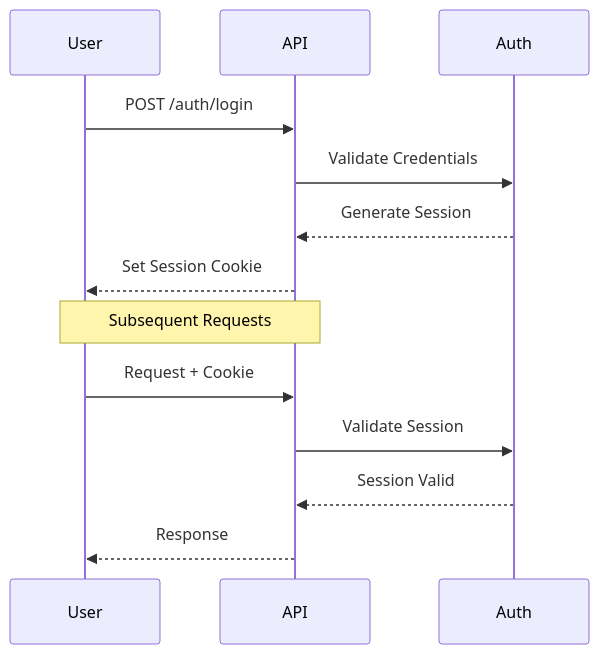
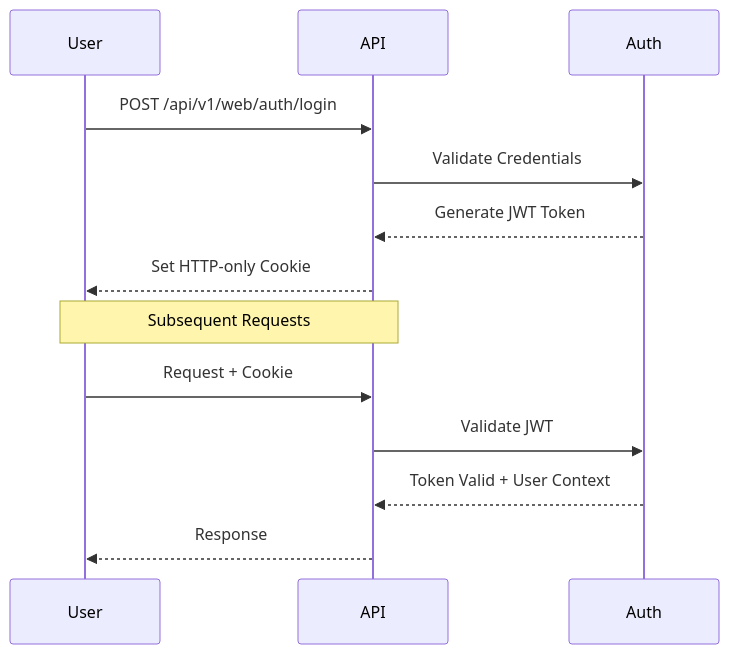
Before and after one commit to unclesp1d3r/CipherSwarm: the fifth of 6 diagrams in docs/api/overview.md, drawn with Mermaid. The commit also changed other lines of this file and 2 other files, not shown here.

First line of the commit message:
docs(api): update API documentation to reflect recent changes

````diff
--- a/docs/api/overview.md
+++ b/docs/api/overview.md
@@ -144,18 +170,18 @@
 ```mermaid
 sequenceDiagram
     participant User
     participant API
     participant Auth
 
-    User->>API: POST /auth/login
+    User->>API: POST /api/v1/web/auth/login
     API->>Auth: Validate Credentials
-    Auth-->>API: Generate Session
-    API-->>User: Set Session Cookie
+    Auth-->>API: Generate JWT Token
+    API-->>User: Set HTTP-only Cookie
 
     Note over User,API: Subsequent Requests
 
     User->>API: Request + Cookie
-    API->>Auth: Validate Session
-    Auth-->>API: Session Valid
+    API->>Auth: Validate JWT
+    Auth-->>API: Token Valid + User Context
     API-->>User: Response
 ```
````
